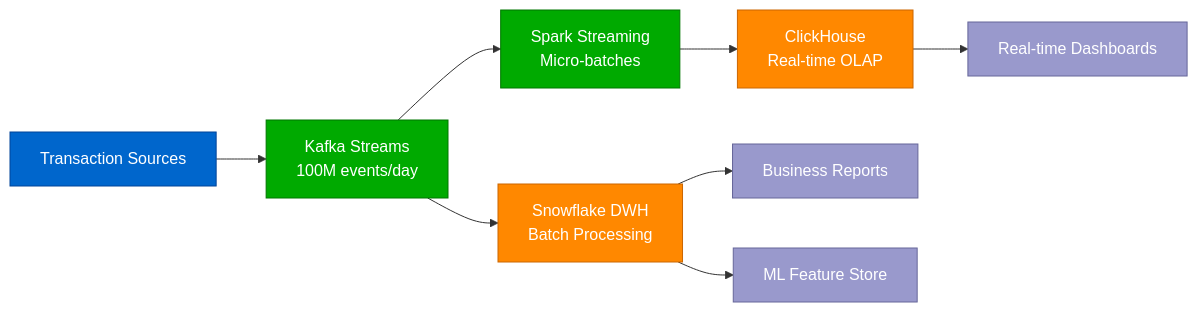
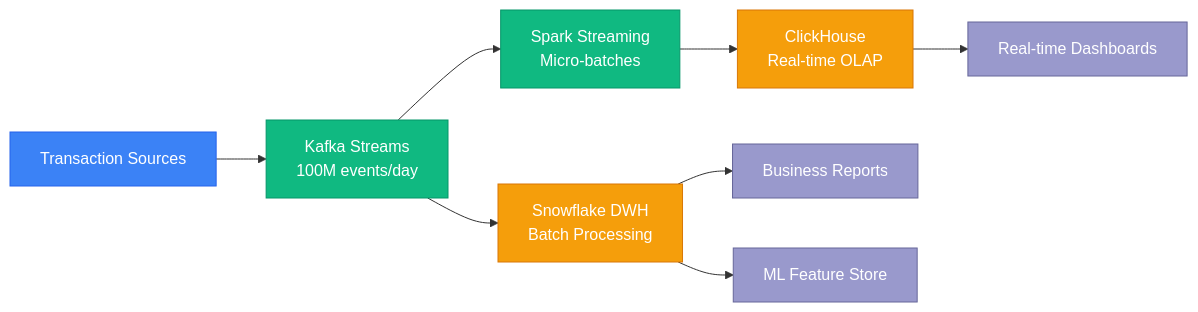
One commit to deepaucksharma/DS changed the third of 4 diagrams in site/docs/systems/square/03-storage-architecture.md. Above: the diagram before and after it, drawn with Mermaid. The commit also changed other lines of this file and 187 other files, not shown here.

````diff
--- a/site/docs/systems/square/03-storage-architecture.md
+++ b/site/docs/systems/square/03-storage-architecture.md
@@ -217,21 +217,21 @@
 ```mermaid
 flowchart LR
     SOURCES[Transaction Sources] --> KAFKA[Kafka Streams<br/>100M events/day]
     KAFKA --> SPARK[Spark Streaming<br/>Micro-batches]
     SPARK --> CLICKHOUSE[ClickHouse<br/>Real-time OLAP]
     CLICKHOUSE --> DASHBOARD[Real-time Dashboards]
 
     KAFKA --> SNOWFLAKE[Snowflake DWH<br/>Batch Processing]
     SNOWFLAKE --> REPORTS[Business Reports]
     SNOWFLAKE --> ML[ML Feature Store]
 
-    classDef sourceStyle fill:#0066CC,stroke:#004499,color:#fff
-    classDef processStyle fill:#00AA00,stroke:#007700,color:#fff
-    classDef storeStyle fill:#FF8800,stroke:#CC6600,color:#fff
+    classDef sourceStyle fill:#3B82F6,stroke:#2563EB,color:#fff
+    classDef processStyle fill:#10B981,stroke:#059669,color:#fff
+    classDef storeStyle fill:#F59E0B,stroke:#D97706,color:#fff
     classDef outputStyle fill:#9999CC,stroke:#666699,color:#fff
 
     class SOURCES sourceStyle
     class KAFKA,SPARK processStyle
     class CLICKHOUSE,SNOWFLAKE storeStyle
     class DASHBOARD,REPORTS,ML outputStyle
 ```
````
